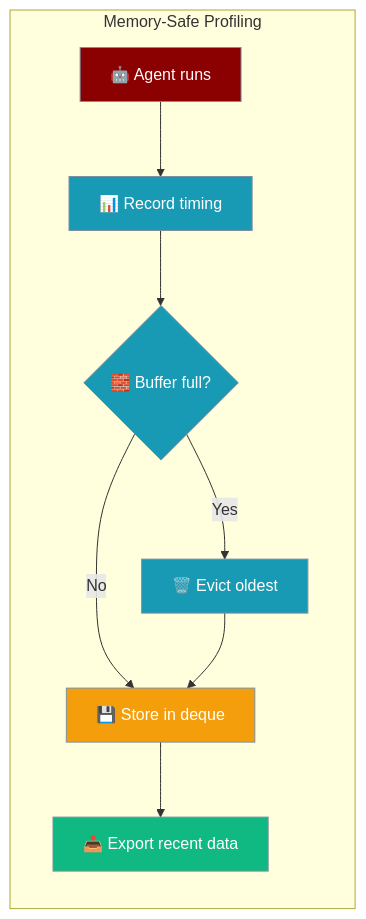
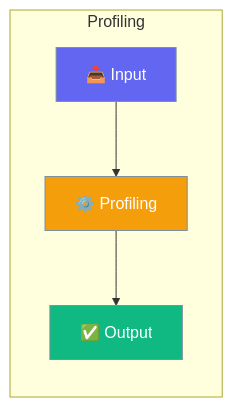
The diagram in docs/features/profiling.mdx (MervinPraison/PraisonAIDocs), drawn with Mermaid before and after one commit. The commit also changed other lines of this file and 143 other files, not shown here.

First line of the commit message:
docs: AGENTS.md compliance sweep — mermaid, AccordionGroup, CardGroup, Steps (fixes #1000)

````diff
--- a/docs/features/profiling.mdx
+++ b/docs/features/profiling.mdx
@@ -56,21 +9,15 @@
 ```mermaid
 graph LR
-    subgraph "Memory-Safe Profiling"
-        A[🤖 Agent runs] --> B[📊 Record timing]
-        B --> C{🧱 Buffer full?}
-        C -->|No| D[💾 Store in deque]
-        C -->|Yes| E[🗑️ Evict oldest]
-        E --> D
-        D --> F[📤 Export recent data]
+    subgraph "Profiling"
+        A[📥 Input] --> B[⚙️ Profiling]
+        B --> C[✅ Output]
     end
-    
-    classDef agent fill:#8B0000,stroke:#7C90A0,color:#fff
-    classDef process fill:#189AB4,stroke:#7C90A0,color:#fff
-    classDef storage fill:#F59E0B,stroke:#7C90A0,color:#fff
+
+    classDef input fill:#6366F1,stroke:#7C90A0,color:#fff
+    classDef process fill:#F59E0B,stroke:#7C90A0,color:#fff
     classDef output fill:#10B981,stroke:#7C90A0,color:#fff
-    
-    class A agent
-    class B,C,E process
-    class D storage
-    class F output
+
+    class A input
+    class B process
+    class C output
 ```
````
